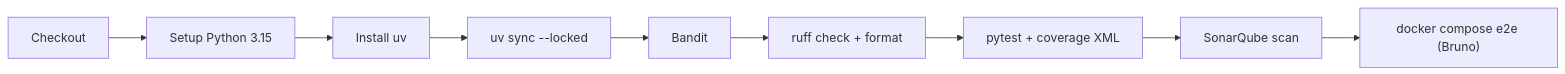
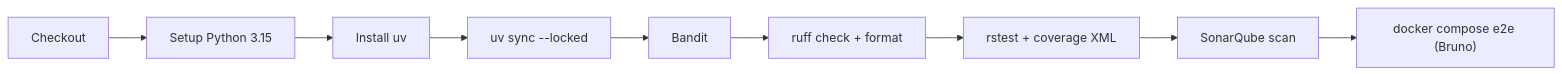
Before and after one commit to mobal/personal-backend-service: the fifth of 5 diagrams in README.md, drawn with Mermaid. The commit also changed other lines of this file and 5 other files, not shown here.

First line of the commit message:
test: replace pytest-xdist with rstest

````diff
--- a/README.md
+++ b/README.md
@@ -366,11 +366,11 @@
 ```mermaid
 flowchart LR
     A["Checkout"] --> B["Setup Python 3.15"]
     B --> C["Install uv"]
     C --> D["uv sync --locked"]
     D --> E["Bandit"]
     E --> F["ruff check + format"]
-    F --> G["pytest + coverage XML"]
+    F --> G["rstest + coverage XML"]
     G --> H["SonarQube scan"]
     H --> I["docker compose e2e (Bruno)"]
 ```
````
